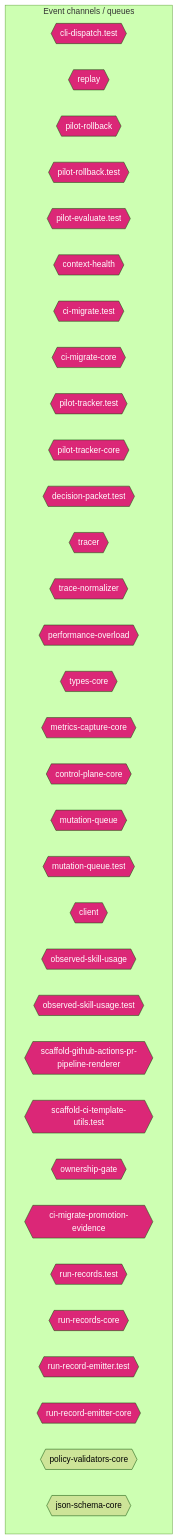
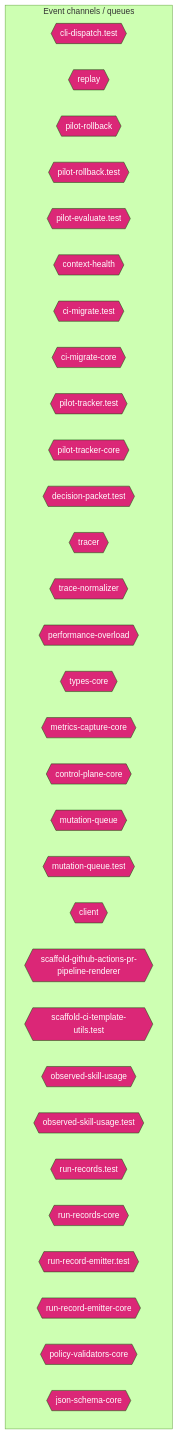
The ninth of 14 diagrams in AI/context/diagram-context.md (jscraik/coding-harness), drawn with Mermaid (forest theme) before and after one commit. The commit also changed other lines of this file and 72 other files, not shown here.

````diff
--- a/AI/context/diagram-context.md
+++ b/AI/context/diagram-context.md
@@ -1559,40 +1562,38 @@
 ```mermaid
 flowchart TD
   subgraph Channels["Event channels / queues"]
     cli_dispatch_test_54c9f17b{{"cli-dispatch.test"}}
     replay_ac203c98{{"replay"}}
     pilot_rollback_00c1f82c{{"pilot-rollback"}}
     pilot_rollback_test_e61d5a2b{{"pilot-rollback.test"}}
     pilot_evaluate_test_a2ac06fc{{"pilot-evaluate.test"}}
     context_health_80bb7da9{{"context-health"}}
     ci_migrate_test_2a015bb9{{"ci-migrate.test"}}
     ci_migrate_core_7005b5af{{"ci-migrate-core"}}
     pilot_tracker_test_80398a66{{"pilot-tracker.test"}}
     pilot_tracker_core_80d8ac96{{"pilot-tracker-core"}}
     decision_packet_test_9ea0e97b{{"decision-packet.test"}}
     tracer_1e6243a2{{"tracer"}}
     trace_normalizer_cb1be1d2{{"trace-normalizer"}}
     performance_overload_c685bfcf{{"performance-overload"}}
     types_core_e405ddca{{"types-core"}}
     metrics_capture_core_db4bf7cf{{"metrics-capture-core"}}
     control_plane_core_db3b4cb2{{"control-plane-core"}}
     mutation_queue_ce5a530e{{"mutation-queue"}}
     mutation_queue_test_10b599e8{{"mutation-queue.test"}}
     client_1_914e1681{{"client"}}
+    scaffold_github_actions_pr_pipeline_renderer_1ee18de5{{"scaffold-github-actions-pr-pipeline-renderer"}}
+    scaffold_ci_template_utils_test_b94825d9{{"scaffold-ci-template-utils.test"}}
     observed_skill_usage_ed7d5930{{"observed-skill-usage"}}
     observed_skill_usage_test_311c215a{{"observed-skill-usage.test"}}
-    scaffold_github_actions_pr_pipeline_renderer_1ee18de5{{"scaffold-github-actions-pr-pipeline-renderer"}}
-    scaffold_ci_template_utils_test_b94825d9{{"scaffold-ci-template-utils.test"}}
-    ownership_gate_2e194d13{{"ownership-gate"}}
-    ci_migrate_promotion_evidence_1a2dc527{{"ci-migrate-promotion-evidence"}}
     run_records_test_3ee6a0e3{{"run-records.test"}}
     run_records_core_89286dfa{{"run-records-core"}}
     run_record_emitter_test_5475c0da{{"run-record-emitter.test"}}
     run_record_emitter_core_688049d5{{"run-record-emitter-core"}}
     policy_validators_core_714a3fe7{{"policy-validators-core"}}
     json_schema_core_96d7e328{{"json-schema-core"}}
   end
   classDef eventNode fill:#db2777,color:#fff
-  class cli_dispatch_test_54c9f17b,replay_ac203c98,pilot_rollback_00c1f82c,pilot_rollback_test_e61d5a2b,pilot_evaluate_test_a2ac06fc,context_health_80bb7da9,ci_migrate_test_2a015bb9,ci_migrate_core_7005b5af,pilot_tracker_test_80398a66,pilot_tracker_core_80d8ac96,decision_packet_test_9ea0e97b,tracer_1e6243a2,trace_normalizer_cb1be1d2,performance_overload_c685bfcf,types_core_e405ddca,metrics_capture_core_db4bf7cf,control_plane_core_db3b4cb2,mutation_queue_ce5a530e,mutation_queue_test_10b599e8,client_1_914e1681,observed_skill_usage_ed7d5930,observed_skill_usage_test_311c215a,scaffold_github_actions_pr_pipeline_renderer_1ee18de5,scaffold_ci_template_utils_test_b94825d9,ownership_gate_2e194d13,ci_migrate_promotion_evidence_1a2dc527,run_records_test_3ee6a0e3,run_records_core_89286dfa,run_record_emitter_test_5475c0da,run_record_emitter_core_688049d5 eventNode
+  class cli_dispatch_test_54c9f17b,replay_ac203c98,pilot_rollback_00c1f82c,pilot_rollback_test_e61d5a2b,pilot_evaluate_test_a2ac06fc,context_health_80bb7da9,ci_migrate_test_2a015bb9,ci_migrate_core_7005b5af,pilot_tracker_test_80398a66,pilot_tracker_core_80d8ac96,decision_packet_test_9ea0e97b,tracer_1e6243a2,trace_normalizer_cb1be1d2,performance_overload_c685bfcf,types_core_e405ddca,metrics_capture_core_db4bf7cf,control_plane_core_db3b4cb2,mutation_queue_ce5a530e,mutation_queue_test_10b599e8,client_1_914e1681,scaffold_github_actions_pr_pipeline_renderer_1ee18de5,scaffold_ci_template_utils_test_b94825d9,observed_skill_usage_ed7d5930,observed_skill_usage_test_311c215a,run_records_test_3ee6a0e3,run_records_core_89286dfa,run_record_emitter_test_5475c0da,run_record_emitter_core_688049d5,policy_validators_core_714a3fe7,json_schema_core_96d7e328 eventNode
 
 ```
````
